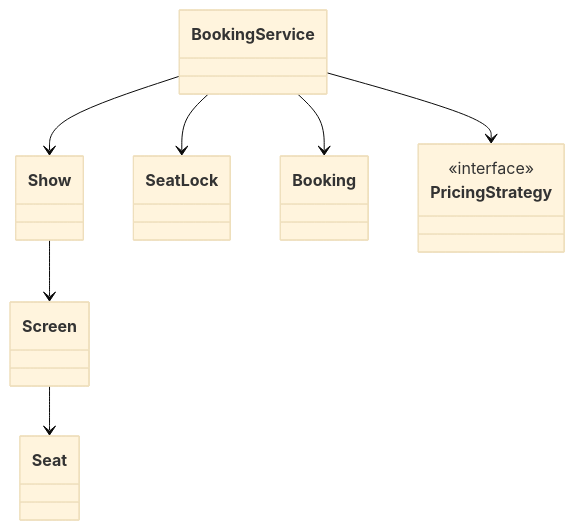
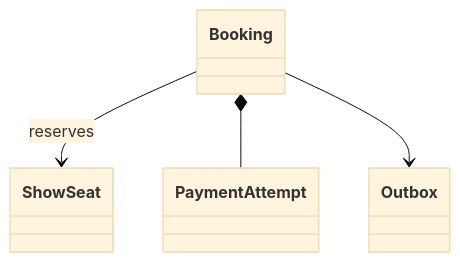
One commit to Anilinfo2015/anilinfo2015.github.io changed the diagram in low-level-design/movie-ticket-booking.md. Above: the diagram before and after it, drawn with Mermaid (base theme). The commit also changed other lines of this file and 58 other files, not shown here.

````diff
--- a/low-level-design/movie-ticket-booking.md
+++ b/low-level-design/movie-ticket-booking.md
@@ -63,18 +25,10 @@
 ```mermaid
 classDiagram
-    class BookingService
-    class Show
-    class Screen
-    class Seat
-    class SeatLock
     class Booking
-    class PricingStrategy {
-        <<interface>>
-    }
-    BookingService --> Show
-    Show --> Screen
-    Screen --> Seat
-    BookingService --> SeatLock
-    BookingService --> Booking
-    BookingService --> PricingStrategy
+    class ShowSeat
+    class PaymentAttempt
+    class Outbox
+    Booking --> ShowSeat : reserves
+    Booking *-- PaymentAttempt
+    Booking --> Outbox
 ```
````
